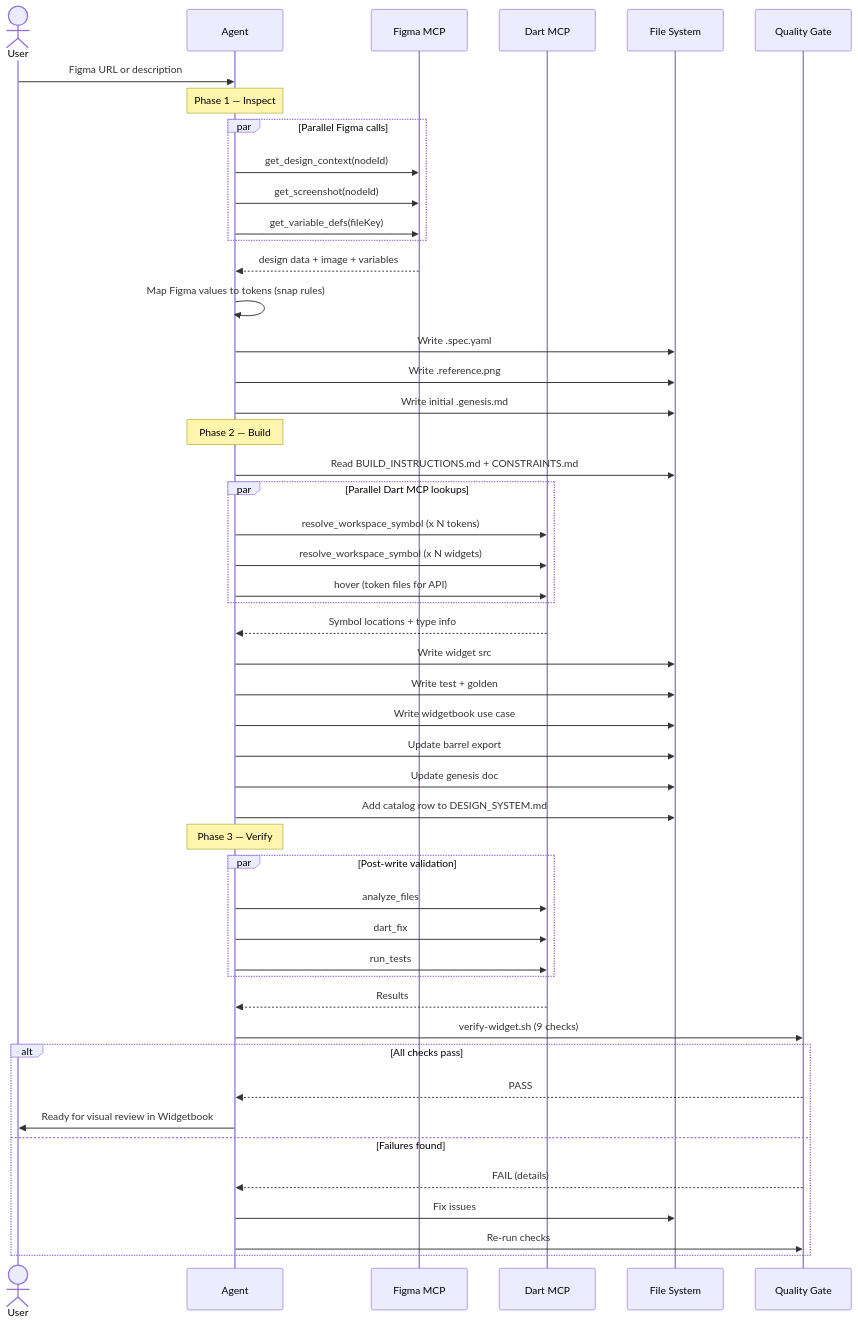
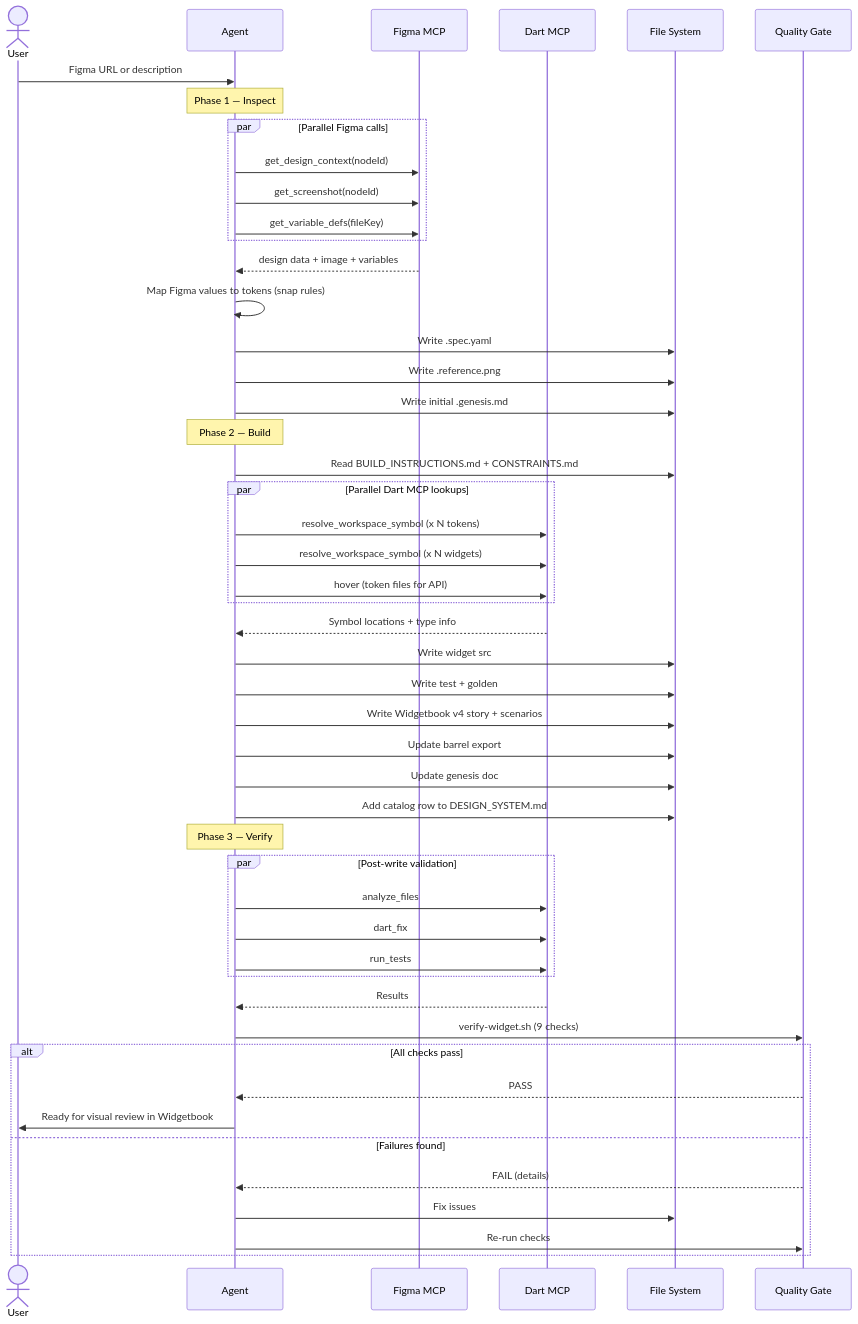
The third of 7 diagrams in lib/design_system/docs/AGENT_ARCHITECTURE.md (Usernode-Labs/flutter-mobile-app), drawn with Mermaid before and after one commit. The commit also changed other lines of this file and 10 other files, not shown here.

````diff
--- a/lib/design_system/docs/AGENT_ARCHITECTURE.md
+++ b/lib/design_system/docs/AGENT_ARCHITECTURE.md
@@ -155,63 +155,63 @@
 ```mermaid
 sequenceDiagram
     actor User
     participant Agent
     participant FigmaMCP as Figma MCP
     participant DartMCP as Dart MCP
     participant FS as File System
     participant QG as Quality Gate
 
     User->>Agent: Figma URL or description
 
     Note over Agent: Phase 1 — Inspect
 
     par Parallel Figma calls
         Agent->>FigmaMCP: get_design_context(nodeId)
         Agent->>FigmaMCP: get_screenshot(nodeId)
         Agent->>FigmaMCP: get_variable_defs(fileKey)
     end
     FigmaMCP-->>Agent: design data + image + variables
 
     Agent->>Agent: Map Figma values to tokens (snap rules)
     Agent->>FS: Write .spec.yaml
     Agent->>FS: Write .reference.png
     Agent->>FS: Write initial .genesis.md
 
     Note over Agent: Phase 2 — Build
 
     Agent->>FS: Read BUILD_INSTRUCTIONS.md + CONSTRAINTS.md
 
     par Parallel Dart MCP lookups
         Agent->>DartMCP: resolve_workspace_symbol (x N tokens)
         Agent->>DartMCP: resolve_workspace_symbol (x N widgets)
         Agent->>DartMCP: hover (token files for API)
     end
     DartMCP-->>Agent: Symbol locations + type info
 
     Agent->>FS: Write widget src
     Agent->>FS: Write test + golden
-    Agent->>FS: Write widgetbook use case
+    Agent->>FS: Write Widgetbook v4 story + scenarios
     Agent->>FS: Update barrel export
     Agent->>FS: Update genesis doc
     Agent->>FS: Add catalog row to DESIGN_SYSTEM.md
 
     Note over Agent: Phase 3 — Verify
 
     par Post-write validation
         Agent->>DartMCP: analyze_files
         Agent->>DartMCP: dart_fix
         Agent->>DartMCP: run_tests
     end
     DartMCP-->>Agent: Results
 
     Agent->>QG: verify-widget.sh (9 checks)
 
     alt All checks pass
         QG-->>Agent: PASS
         Agent->>User: Ready for visual review in Widgetbook
     else Failures found
         QG-->>Agent: FAIL (details)
         Agent->>FS: Fix issues
         Agent->>QG: Re-run checks
     end
 ```
````
